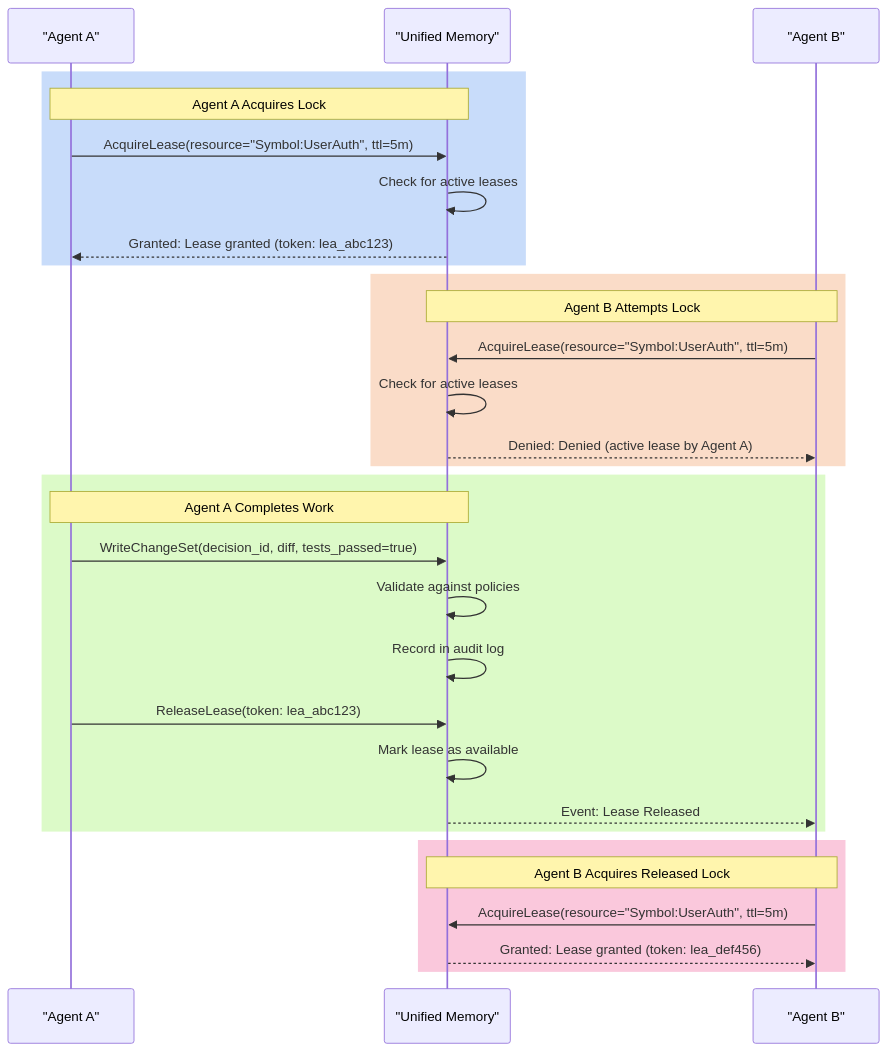
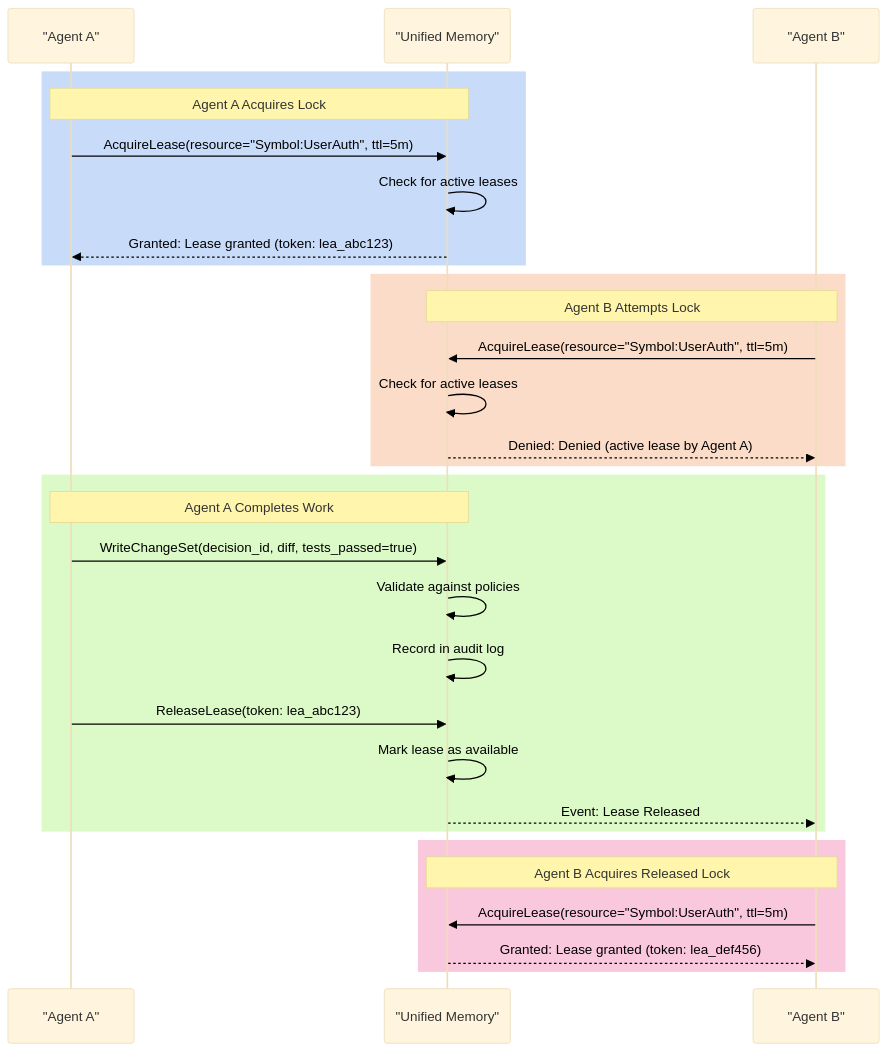
One commit to Chillbruhhh/Agentic-Coding-Memory changed the fourth of 7 diagrams in Unified_Agentic_Memory_White_Paper-Detail.md. Above: the diagram before and after it, drawn with Mermaid. The commit also changed other lines of this file, not shown here.

Commit message:
Fix diagram labels and text colors

````diff
--- a/Unified_Agentic_Memory_White_Paper-Detail.md
+++ b/Unified_Agentic_Memory_White_Paper-Detail.md
@@ -293,36 +293,37 @@
 ```mermaid
+%%{init: {'theme': 'base', 'themeVariables': {'textColor': '#000000'}}}%%
 sequenceDiagram
     participant A as "Agent A"
     participant M as "Unified Memory"
     participant B as "Agent B"
     
     rect rgb(200, 220, 250)
         Note over A,M: Agent A Acquires Lock
         A->>M: AcquireLease(resource="Symbol:UserAuth", ttl=5m)
         M->>M: Check for active leases
         M-->>A: Granted: Lease granted (token: lea_abc123)
     end
     
     rect rgb(250, 220, 200)
         Note over B,M: Agent B Attempts Lock
         B->>M: AcquireLease(resource="Symbol:UserAuth", ttl=5m)
         M->>M: Check for active leases
         M-->>B: Denied: Denied (active lease by Agent A)
     end
     
     rect rgb(220, 250, 200)
         Note over A,M: Agent A Completes Work
         A->>M: WriteChangeSet(decision_id, diff, tests_passed=true)
         M->>M: Validate against policies
         M->>M: Record in audit log
         A->>M: ReleaseLease(token: lea_abc123)
         M->>M: Mark lease as available
         M-->>B: Event: Lease Released
     end
     
     rect rgb(250, 200, 220)
         Note over B,M: Agent B Acquires Released Lock
         B->>M: AcquireLease(resource="Symbol:UserAuth", ttl=5m)
         M-->>B: Granted: Lease granted (token: lea_def456)
     end
 ```
````
